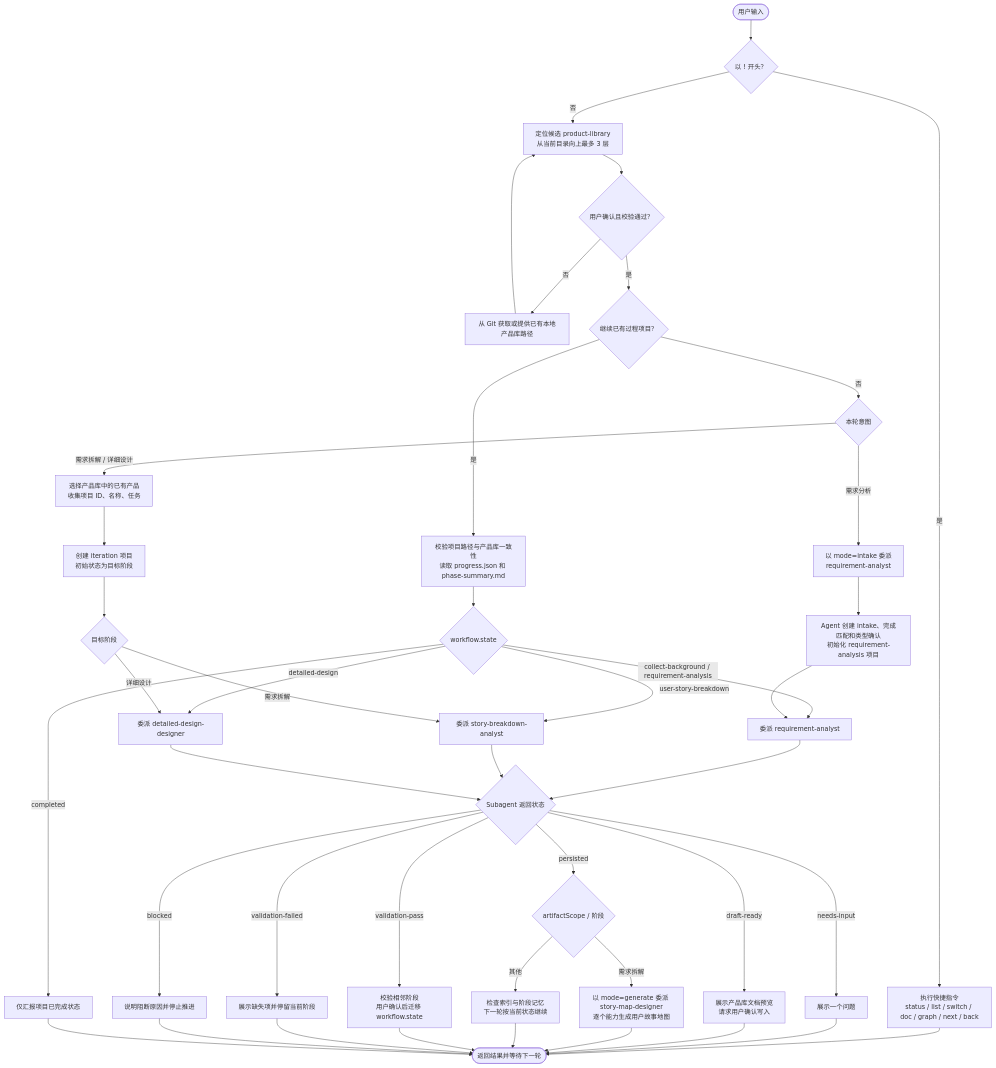
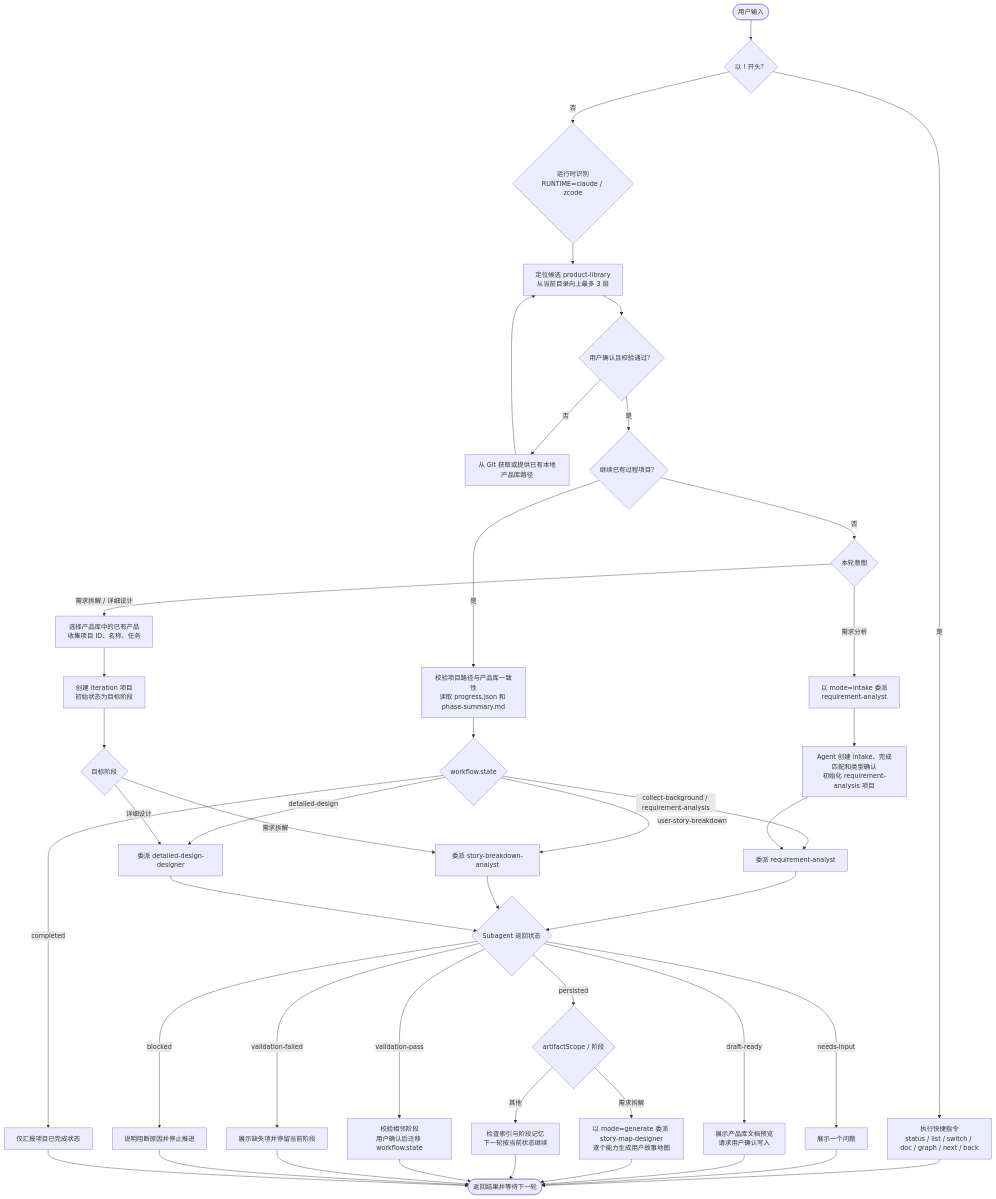
One commit to Tiger0521/pm-orchestrator changed the diagram in README.md. Above: the diagram before and after it, drawn with Mermaid. The commit also changed other lines of this file and 346 other files, not shown here.

````diff
--- a/README.md
+++ b/README.md
@@ -130,49 +105,50 @@
 ```mermaid
 flowchart TD
     Start([用户输入]) --> Shortcut{以 ! 开头？}
     Shortcut -- 是 --> Command[执行快捷指令<br/>status / list / switch / doc / graph / next / back]
     Command --> Wait([返回结果并等待下一轮])
 
-    Shortcut -- 否 --> Library[定位候选 product-library<br/>从当前目录向上最多 3 层]
+    Shortcut -- 否 --> Runtime{运行时识别<br/>RUNTIME=claude / zcode}
+    Runtime --> Library[定位候选 product-library<br/>从当前目录向上最多 3 层]
     Library --> LibraryOK{用户确认且校验通过？}
     LibraryOK -- 否 --> AcquireLibrary[从 Git 获取或提供已有本地产品库路径]
     AcquireLibrary --> Library
     LibraryOK -- 是 --> Project{继续已有过程项目？}
 
     Project -- 是 --> Restore[校验项目路径与产品库一致性<br/>读取 progress.json 和 phase-summary.md]
     Restore --> State{workflow.state}
     State -- collect-background / requirement-analysis --> RA[委派 requirement-analyst]
     State -- user-story-breakdown --> SB[委派 story-breakdown-analyst]
     State -- detailed-design --> DD[委派 detailed-design-designer]
     State -- completed --> Report[仅汇报项目已完成状态]
 
     Project -- 否 --> Intent{本轮意图}
     Intent -- 需求分析 --> Intake[以 mode=intake 委派<br/>requirement-analyst]
     Intake --> InitProject[Agent 创建 intake、完成匹配和类型确认<br/>初始化 requirement-analysis 项目]
     InitProject --> RA
     Intent -- 需求拆解 / 详细设计 --> Source[选择产品库中的已有产品<br/>收集项目 ID、名称、任务]
     Source --> Iteration[创建 iteration 项目<br/>初始状态为目标阶段]
     Iteration --> Target{目标阶段}
     Target -- 需求拆解 --> SB
     Target -- 详细设计 --> DD
 
     RA --> Result{Subagent 返回状态}
     SB --> Result
     DD --> Result
     Result -- needs-input --> Ask[展示一个问题]
     Ask --> Wait
     Result -- draft-ready --> Confirm[展示产品库文档预览<br/>请求用户确认写入]
     Confirm --> Wait
     Result -- persisted --> Persisted{artifactScope / 阶段}
     Persisted -- 需求拆解 --> StoryMap[以 mode=generate 委派 story-map-designer<br/>逐个能力生成用户故事地图]
     StoryMap --> Wait
     Persisted -- 其他 --> Continue[检查索引与阶段记忆<br/>下一轮按当前状态继续]
     Result -- validation-pass --> Transition[校验相邻阶段<br/>用户确认后迁移 workflow.state]
     Result -- validation-failed --> Fix[展示缺失项并停留当前阶段]
     Result -- blocked --> Blocked[说明阻断原因并停止推进]
     Continue --> Wait
     Transition --> Wait
     Fix --> Wait
     Blocked --> Wait
     Report --> Wait
 ```
````
